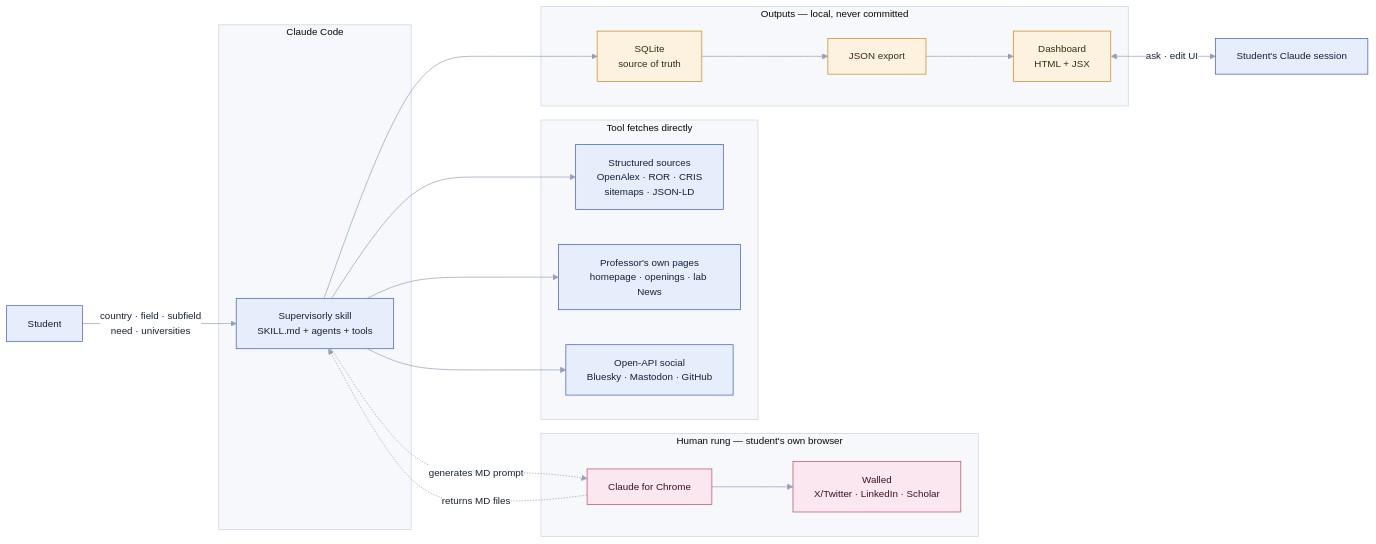
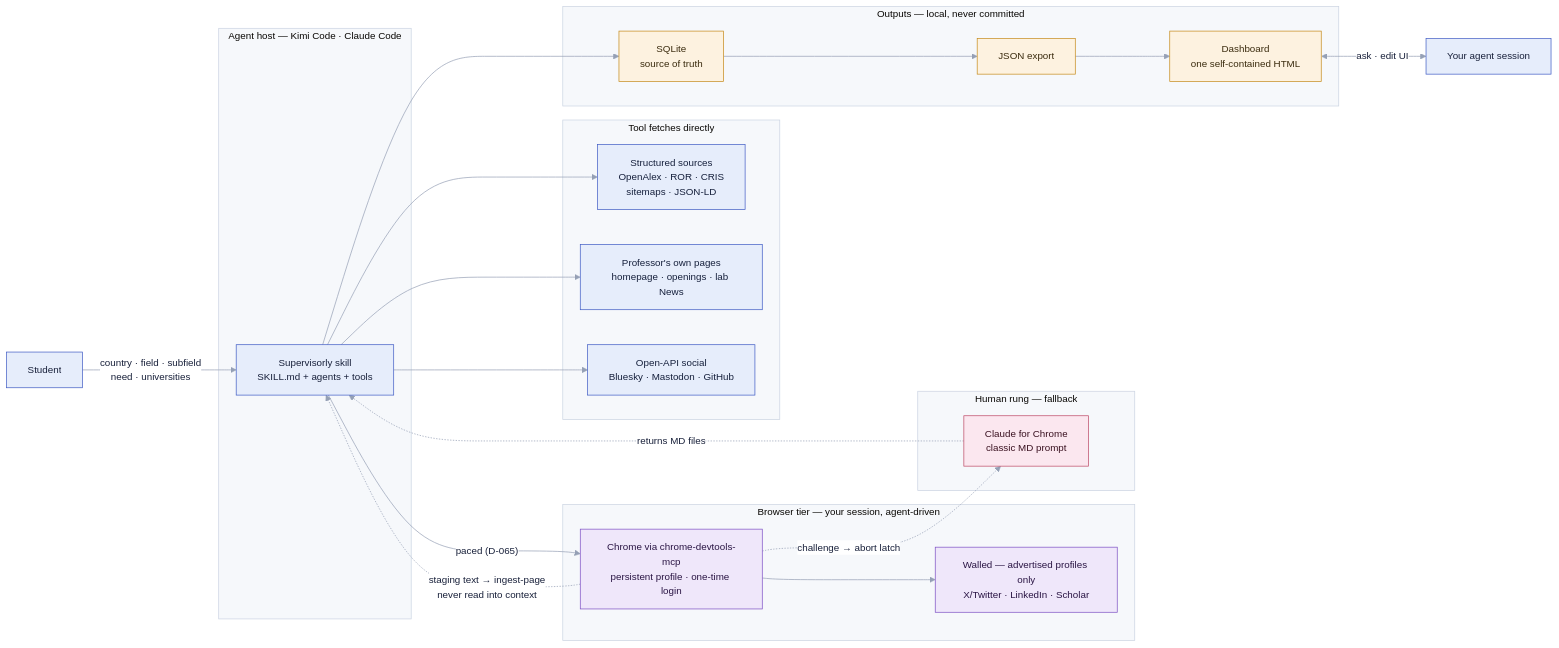
Before and after one commit to ahmedmahershaaban/supervisorly: the first of 12 diagrams in docs/design-atlas.md, drawn with Mermaid. The commit also changed other lines of this file and 3 other files, not shown here.

First line of the commit message:
B7: update design-atlas artifacts to the shipped reality + dashboard diagram

````diff
--- a/docs/design-atlas.md
+++ b/docs/design-atlas.md
@@ -26,42 +28,50 @@
 ```mermaid
 %%{init:{'theme':'base','themeVariables':{'fontFamily':'ui-sans-serif,system-ui,sans-serif','fontSize':'14px','primaryColor':'#e6edfb','primaryBorderColor':'#3f5bc4','primaryTextColor':'#18203a','lineColor':'#95a0b5','secondaryColor':'#eef1f6','tertiaryColor':'#f6f8fb','clusterBkg':'#f6f8fb','clusterBorder':'#cbd3e2','edgeLabelBackground':'#ffffff'}}}%%
 flowchart LR
   S["Student"]
-  subgraph CC["Claude Code"]
+  subgraph HOST["Agent host — Kimi Code · Claude Code"]
     SK["Supervisorly skill<br/>SKILL.md + agents + tools"]
   end
   S -->|"country · field · subfield<br/>need · universities"| SK
 
   subgraph TR["Tool fetches directly"]
     API["Structured sources<br/>OpenAlex · ROR · CRIS<br/>sitemaps · JSON-LD"]
     PUB["Professor's own pages<br/>homepage · openings · lab News"]
     SOC["Open-API social<br/>Bluesky · Mastodon · GitHub"]
   end
 
-  subgraph HR["Human rung — student's own browser"]
-    CFC["Claude for Chrome"]
-    GATED["Walled<br/>X/Twitter · LinkedIn · Scholar"]
-    CFC --> GATED
+  subgraph BT["Browser tier — your session, agent-driven"]
+    CHR["Chrome via chrome-devtools-mcp<br/>persistent profile · one-time login"]
+    GATED["Walled — advertised profiles only<br/>X/Twitter · LinkedIn · Scholar"]
+    CHR --> GATED
+  end
+
+  subgraph HR["Human rung — fallback"]
+    CFC["Claude for Chrome<br/>classic MD prompt"]
   end
 
   SK --> API
   SK --> PUB
   SK --> SOC
-  SK -.->|"generates MD prompt"| CFC
+  SK -->|"paced (D-065)"| CHR
+  CHR -.->|"challenge → abort latch"| CFC
+  CHR -.->|"staging text → ingest-page<br/>never read into context"| SK
   CFC -.->|"returns MD files"| SK
 
   subgraph OUT["Outputs — local, never committed"]
     DB["SQLite<br/>source of truth"]
     JSON["JSON export"]
-    DASH["Dashboard<br/>HTML + JSX"]
+    DASH["Dashboard<br/>one self-contained HTML"]
   end
   SK --> DB --> JSON --> DASH
-  DASH <-->|"ask · edit UI"| SKQ["Student's Claude session"]
+  DASH <-->|"ask · edit UI"| SKQ["Your agent session"]
 
   classDef tool fill:#e6edfb,stroke:#3f5bc4,color:#16203c;
+  classDef agentv fill:#efe7fa,stroke:#7c4fc4,color:#2a1544;
   classDef human fill:#fbe7ef,stroke:#bd4a66,color:#3a1120;
   classDef store fill:#fdf2e0,stroke:#c58a1a,color:#3a2b0e;
   class API,PUB,SOC tool
-  class CFC,GATED human
+  class CHR,GATED agentv
+  class CFC human
   class DB,JSON,DASH store
 ```
````
